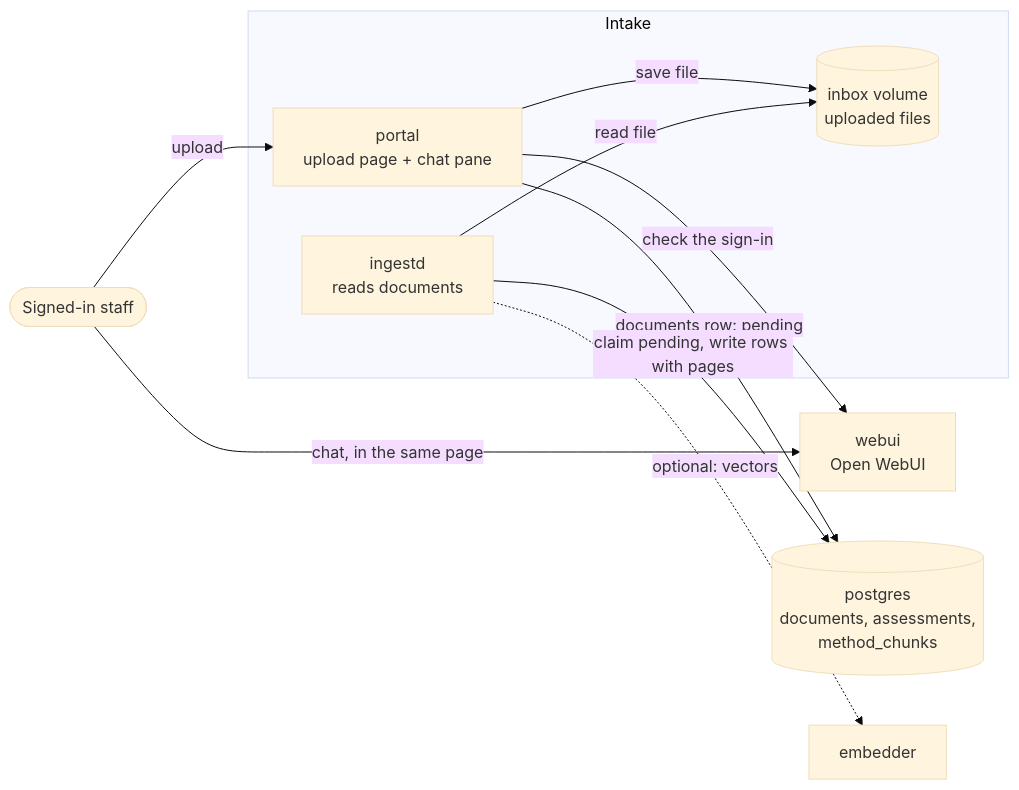
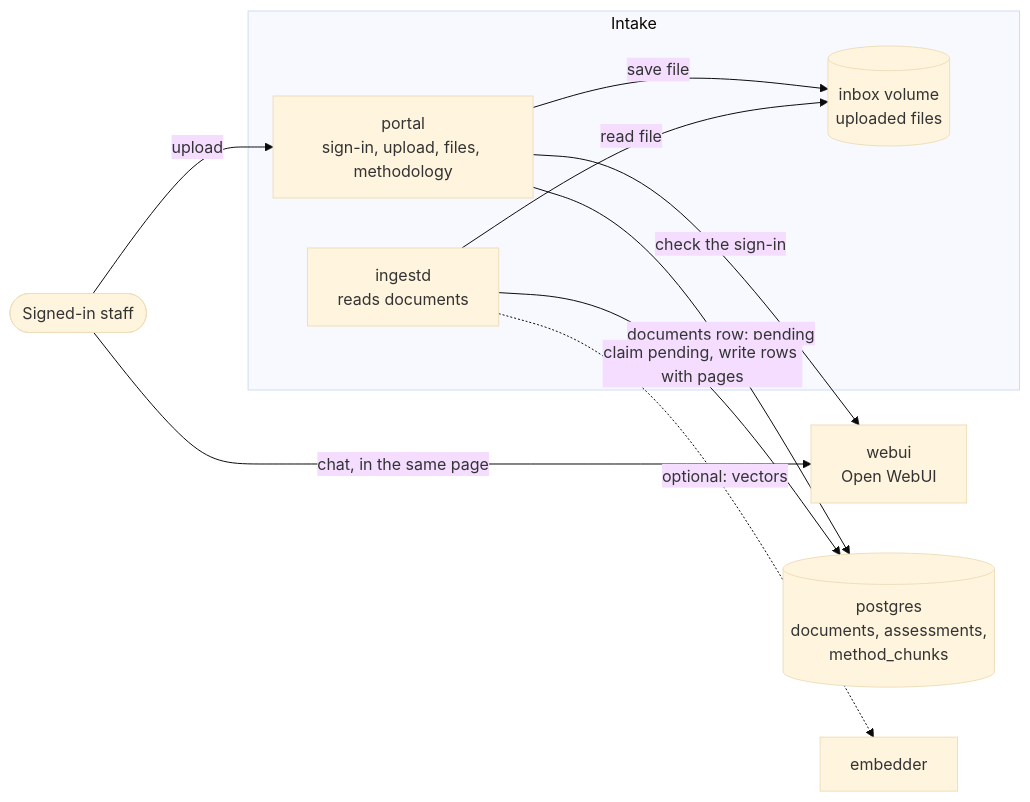
One commit to Sedoid/MDEIS changed the diagram in docs/INGEST.md. Above: the diagram before and after it, drawn with Mermaid (base theme). The commit also changed other lines of this file and 4 other files, not shown here.

````diff
--- a/docs/INGEST.md
+++ b/docs/INGEST.md
@@ -16,21 +15,21 @@
 ```mermaid
 flowchart LR
   staff([Signed-in staff])
   subgraph Intake
-    portal[portal<br/>upload page + chat pane]
+    portal[portal<br/>sign-in, upload, files, methodology]
     inbox[(inbox volume<br/>uploaded files)]
     ingestd[ingestd<br/>reads documents]
   end
   webui[webui<br/>Open WebUI]
   pg[(postgres<br/>documents, assessments,<br/>method_chunks)]
   emb[embedder]
 
   staff -->|upload| portal
   portal -->|check the sign-in| webui
   portal -->|save file| inbox
   portal -->|documents row: pending| pg
   ingestd -->|read file| inbox
   ingestd -->|claim pending, write rows with pages| pg
   ingestd -.->|optional: vectors| emb
   staff -->|chat, in the same page| webui
 ```
````
